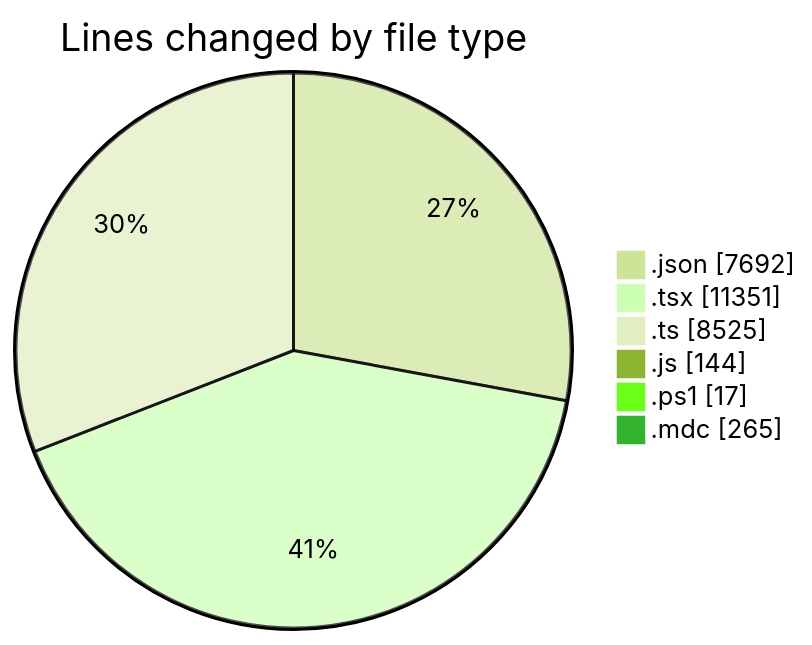
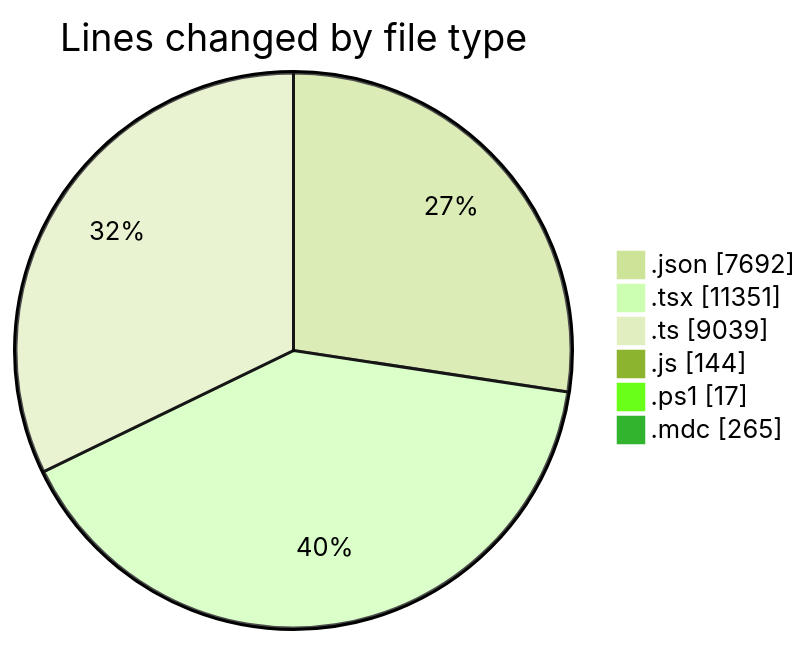
Before and after one commit to CELIANVF/code-tracking: the first of 2 diagrams in 2025-06-10/ecodeli-1/README.md, drawn with Mermaid (forest theme). The commit also changed other lines of this file and 1 other file, not shown here.

````diff
--- a/2025-06-10/ecodeli-1/README.md
+++ b/2025-06-10/ecodeli-1/README.md
@@ -87,10 +90,10 @@
 ```mermaid
 pie showData
 title Lines changed by file type
 ".json" : 7692
 ".tsx" : 11351
-".ts" : 8525
+".ts" : 9039
 ".js" : 144
 ".ps1" : 17
 ".mdc" : 265
 ```
````
